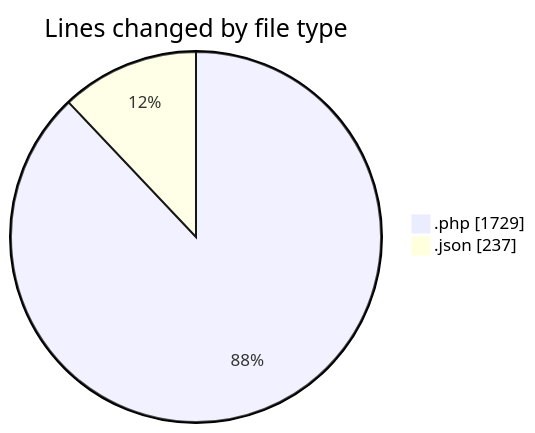
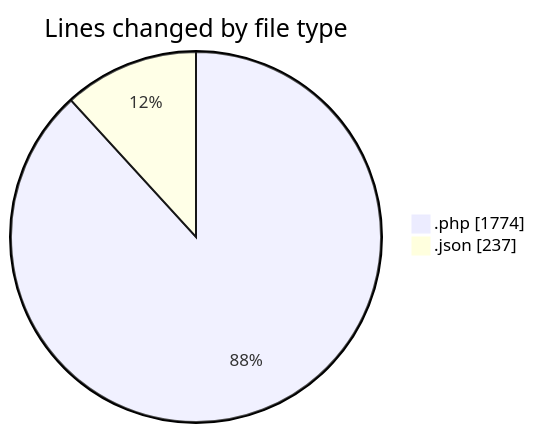
Before and after one commit to idhammustaqopulfikri/code-tracking: the first of 2 diagrams in 2025-05-28/studio-backend/README.md, drawn with Mermaid. The commit also changed other lines of this file and 1 other file, not shown here.

````diff
--- a/2025-05-28/studio-backend/README.md
+++ b/2025-05-28/studio-backend/README.md
@@ -45,6 +45,6 @@
 ```mermaid
 pie showData
 title Lines changed by file type
-".php" : 1729
+".php" : 1774
 ".json" : 237
 ```
````
